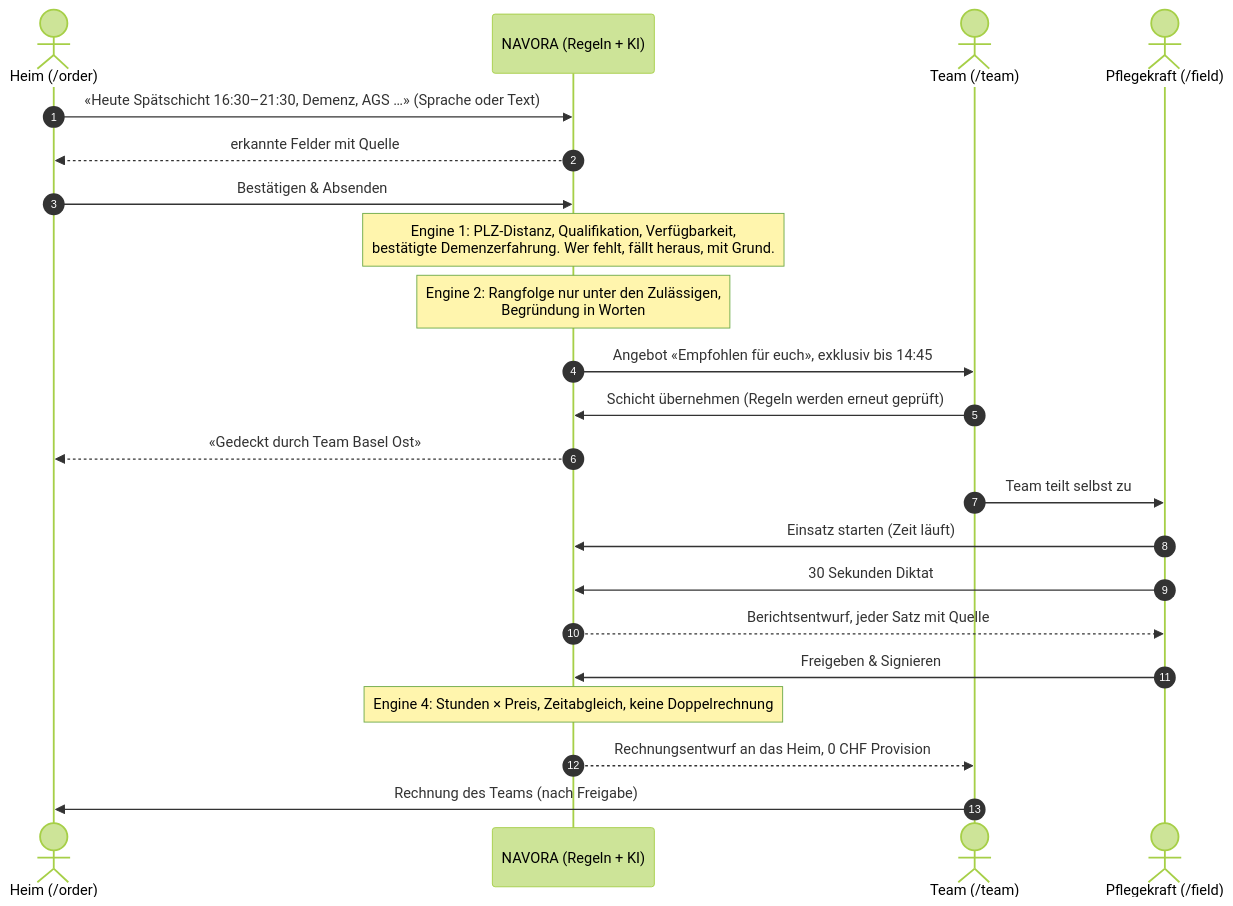
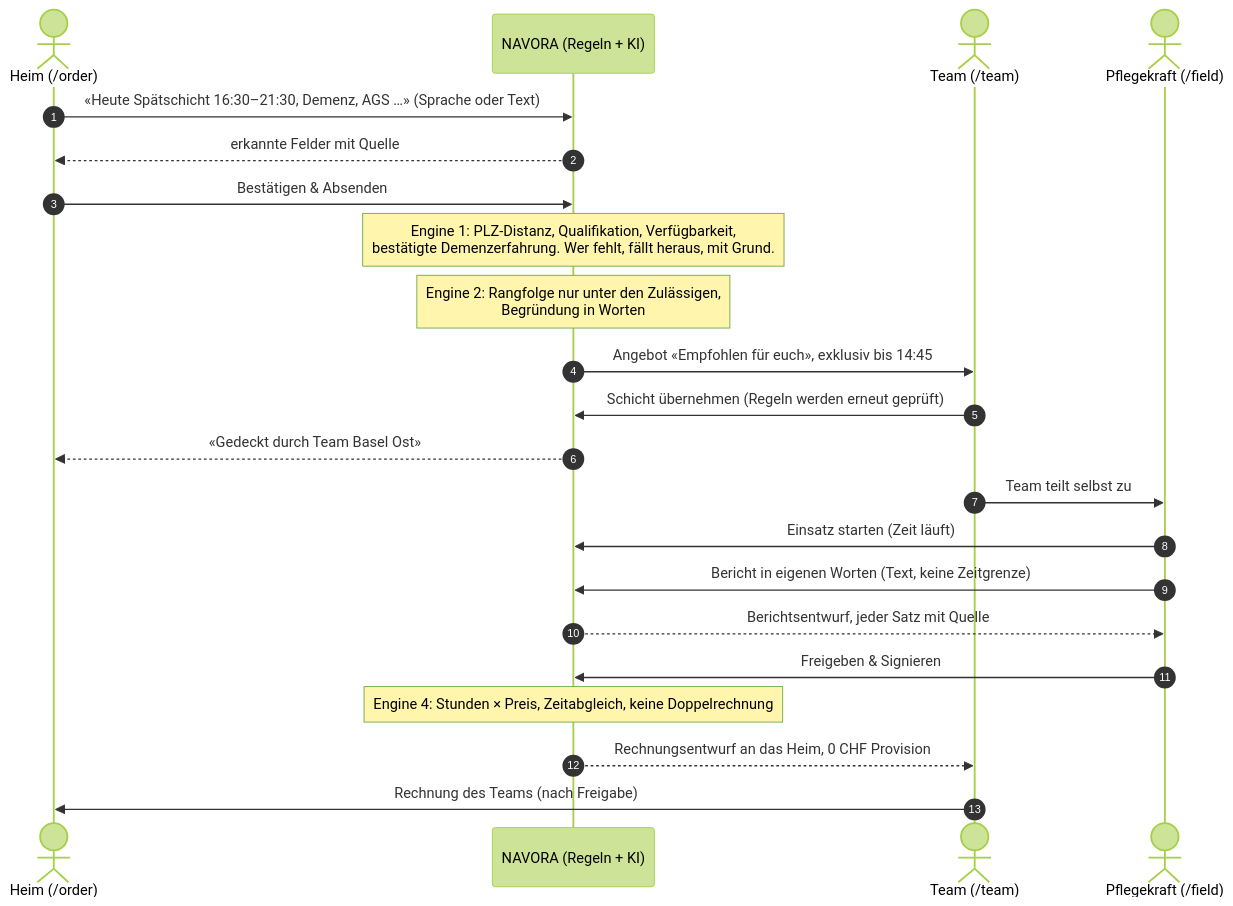
Before and after one commit to Ivica1984/navora-mvp: the fifth of 11 diagrams in docs/product/ARCHITECTURE_REVIEW_AND_IMPLEMENTATION_BLUEPRINT_V3.md, drawn with Mermaid (forest theme). The commit also changed other lines of this file and 6 other files, not shown here.

````diff
--- a/docs/product/ARCHITECTURE_REVIEW_AND_IMPLEMENTATION_BLUEPRINT_V3.md
+++ b/docs/product/ARCHITECTURE_REVIEW_AND_IMPLEMENTATION_BLUEPRINT_V3.md
@@ -394,24 +396,24 @@
 ```mermaid
 sequenceDiagram
   autonumber
   actor Heim as Heim (/order)
   participant N as NAVORA (Regeln + KI)
   actor Team as Team (/team)
   actor PK as Pflegekraft (/field)
   Heim->>N: «Heute Spätschicht 16:30–21:30, Demenz, AGS …» (Sprache oder Text)
   N-->>Heim: erkannte Felder mit Quelle
   Heim->>N: Bestätigen & Absenden
   Note over N: Engine 1: PLZ-Distanz, Qualifikation, Verfügbarkeit,<br/>bestätigte Demenzerfahrung. Wer fehlt, fällt heraus, mit Grund.
   Note over N: Engine 2: Rangfolge nur unter den Zulässigen,<br/>Begründung in Worten
   N->>Team: Angebot «Empfohlen für euch», exklusiv bis 14:45
   Team->>N: Schicht übernehmen (Regeln werden erneut geprüft)
   N-->>Heim: «Gedeckt durch Team Basel Ost»
   Team->>PK: Team teilt selbst zu
   PK->>N: Einsatz starten (Zeit läuft)
-  PK->>N: 30 Sekunden Diktat
+  PK->>N: Bericht in eigenen Worten (Text, keine Zeitgrenze)
   N-->>PK: Berichtsentwurf, jeder Satz mit Quelle
   PK->>N: Freigeben & Signieren
   Note over N: Engine 4: Stunden × Preis, Zeitabgleich, keine Doppelrechnung
   N-->>Team: Rechnungsentwurf an das Heim, 0 CHF Provision
   Team->>Heim: Rechnung des Teams (nach Freigabe)
 ```
````
